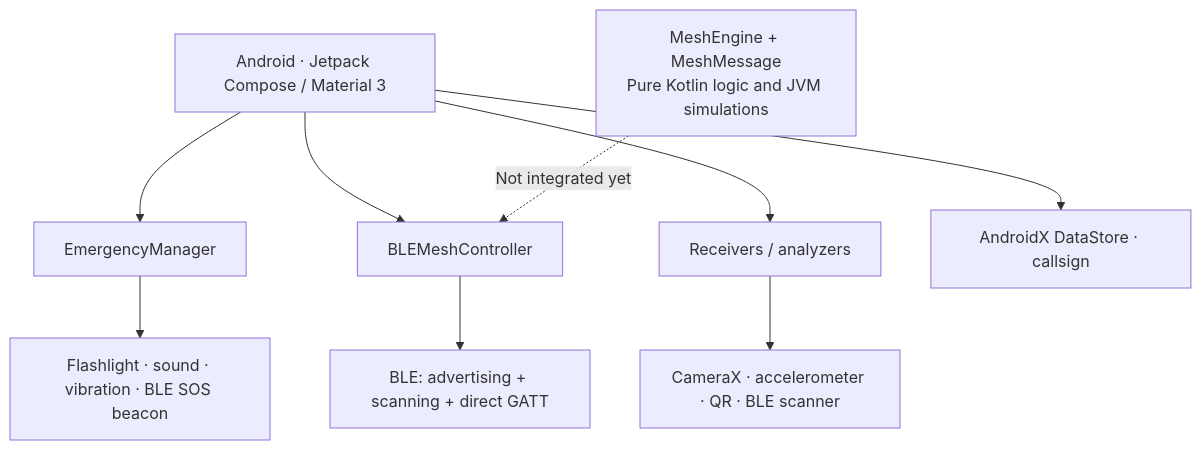
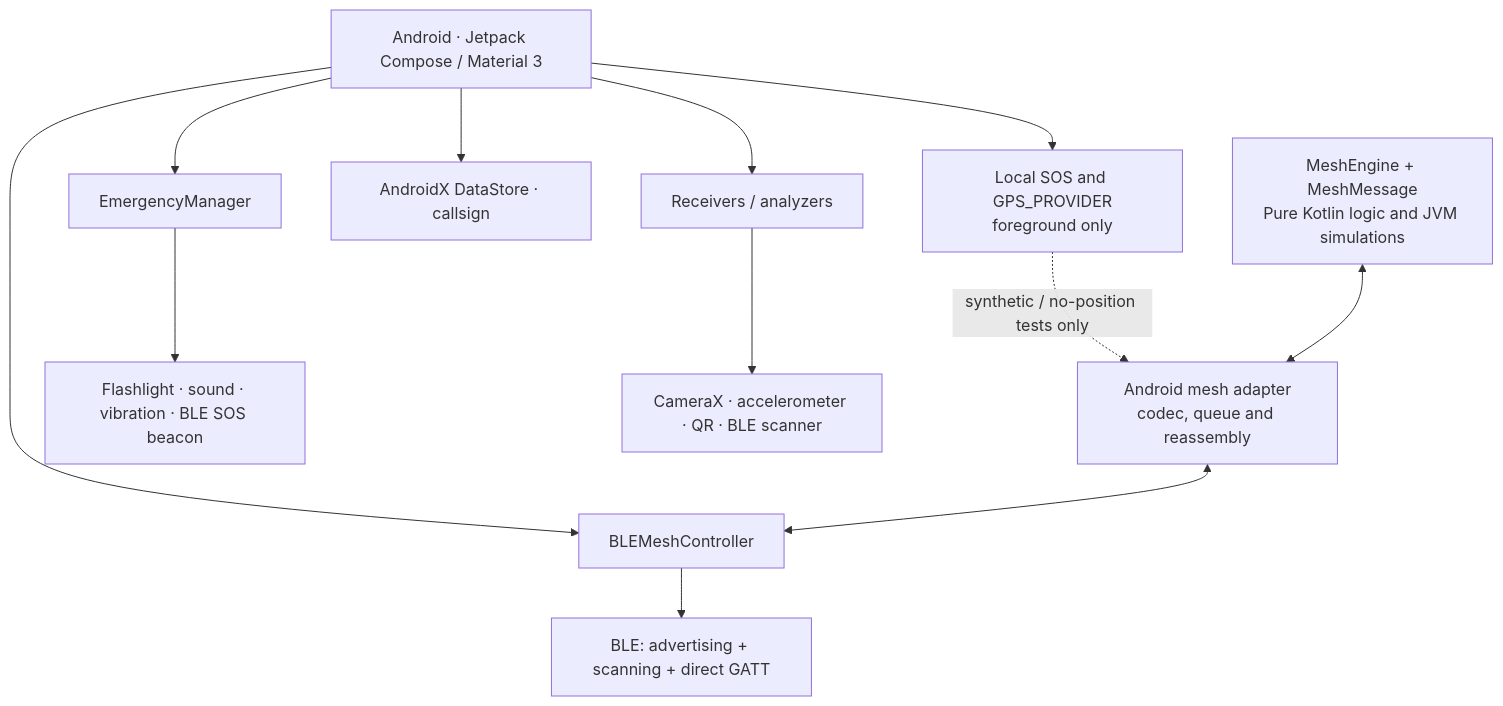
Before and after one commit to NicoButter/beaconchat: the fourth of 6 diagrams in README.md, drawn with Mermaid. The commit also changed other lines of this file and 19 other files, not shown here.

First line of the commit message:
Implement SOS Incident and Mesh Policy functionality

````diff
--- a/README.md
+++ b/README.md
@@ -221,13 +237,16 @@
 ```mermaid
 flowchart TB
     UI["Android · Jetpack Compose / Material 3"]
     UI --> EM["EmergencyManager"]
     UI --> BLE["BLEMeshController"]
     UI --> RX["Receivers / analyzers"]
     UI --> DS["AndroidX DataStore · callsign"]
+    UI --> SOS["Local SOS and GPS_PROVIDER<br/>foreground only"]
+    SOS -. "synthetic / no-position tests only" .-> MESH["Android mesh adapter<br/>codec, queue and reassembly"]
     EM --> SIGNAL["Flashlight · sound · vibration · BLE SOS beacon"]
     BLE --> DIRECT["BLE: advertising + scanning + direct GATT"]
     RX --> SENSORS["CameraX · accelerometer · QR · BLE scanner"]
     CORE["MeshEngine + MeshMessage<br/>Pure Kotlin logic and JVM simulations"]
-    CORE -. "Not integrated yet" .-> BLE
+    CORE <--> MESH
+    MESH <--> BLE
 ```
````
